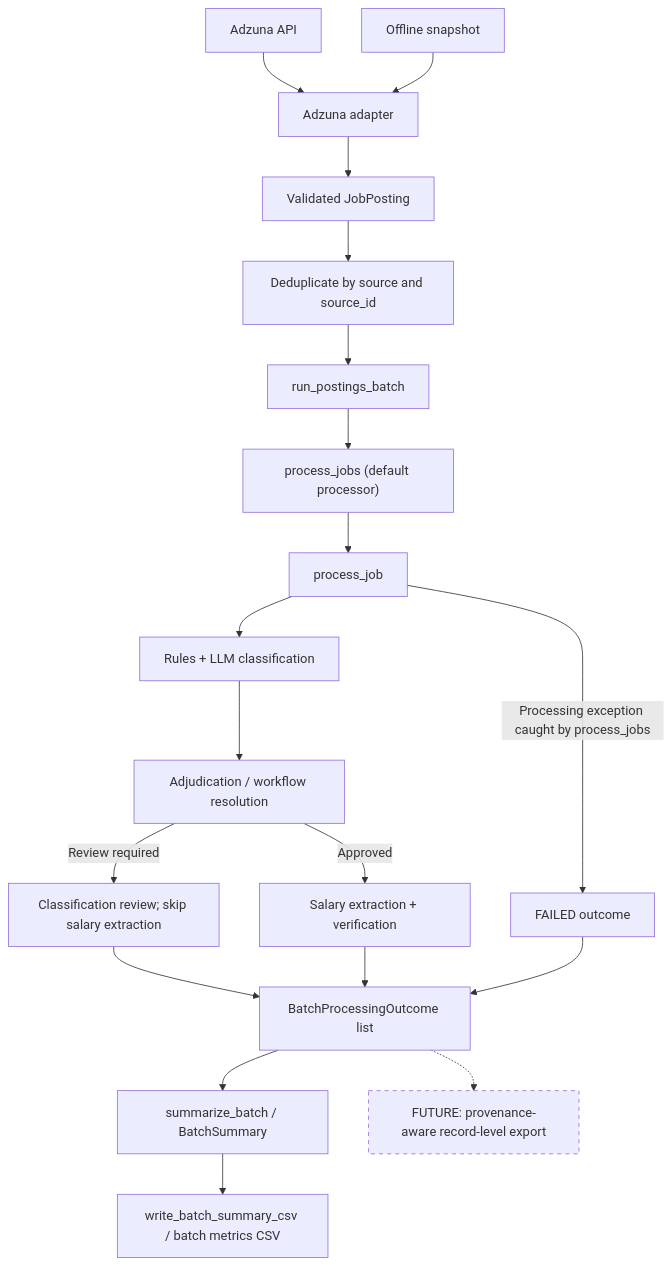
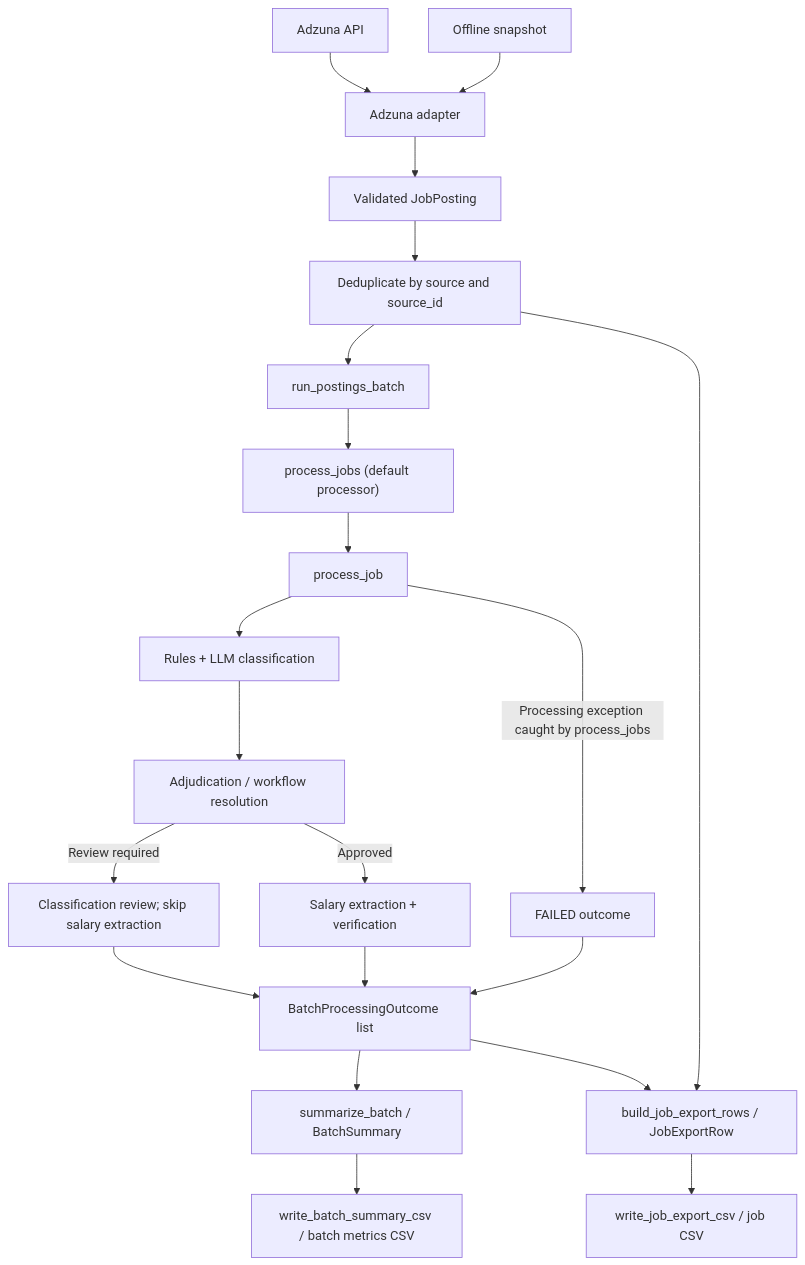
One commit to ADWilk19/uk-job-market-agents changed the diagram in README.md. Above: the diagram before and after it, drawn with Mermaid. The commit also changed other lines of this file and 5 other files, not shown here.

Commit message:
feat: complete Lesson 23 provenance-aware export

````diff
--- a/README.md
+++ b/README.md
@@ -47,22 +48,23 @@
 ```mermaid
 flowchart TD
     API["Adzuna API"] --> Adapter["Adzuna adapter"]
     Snapshot["Offline snapshot"] --> Adapter
     Adapter --> Posting["Validated JobPosting"]
     Posting --> Dedup["Deduplicate by source and source_id"]
     Dedup --> Batch["run_postings_batch"]
     Batch --> Jobs["process_jobs (default processor)"]
     Jobs --> Job["process_job"]
     Job --> Classify["Rules + LLM classification"]
     Classify --> Adjudicate["Adjudication / workflow resolution"]
     Adjudicate -->|"Review required"| Review["Classification review; skip salary extraction"]
     Adjudicate -->|"Approved"| Salary["Salary extraction + verification"]
     Review --> Outcomes["BatchProcessingOutcome list"]
     Salary --> Outcomes
     Job -->|"Processing exception caught by process_jobs"| Failed["FAILED outcome"]
     Failed --> Outcomes
     Outcomes --> Summary["summarize_batch / BatchSummary"]
     Summary --> CSV["write_batch_summary_csv / batch metrics CSV"]
-    Outcomes -.-> Future["FUTURE: provenance-aware record-level export"]
-    style Future stroke-dasharray: 5 5
+    Dedup --> Export["build_job_export_rows / JobExportRow"]
+    Outcomes --> Export
+    Export --> JobCSV["write_job_export_csv / job CSV"]
 ```
````
